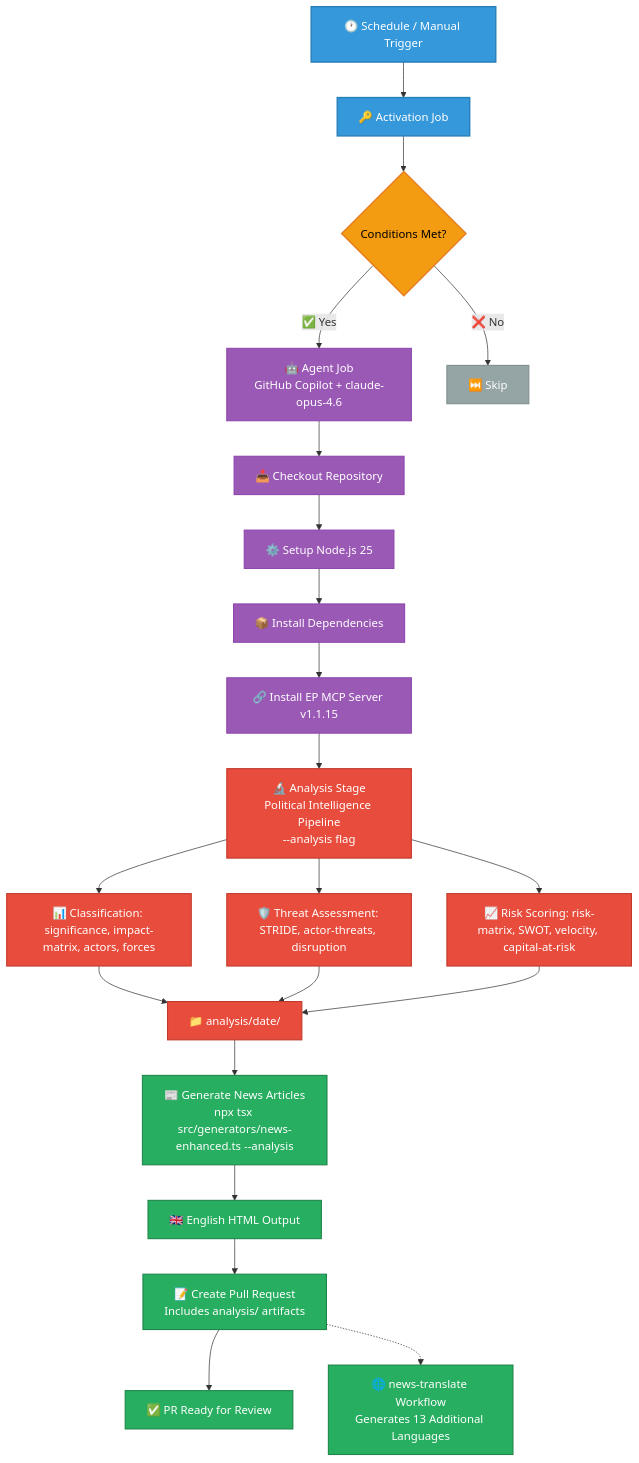
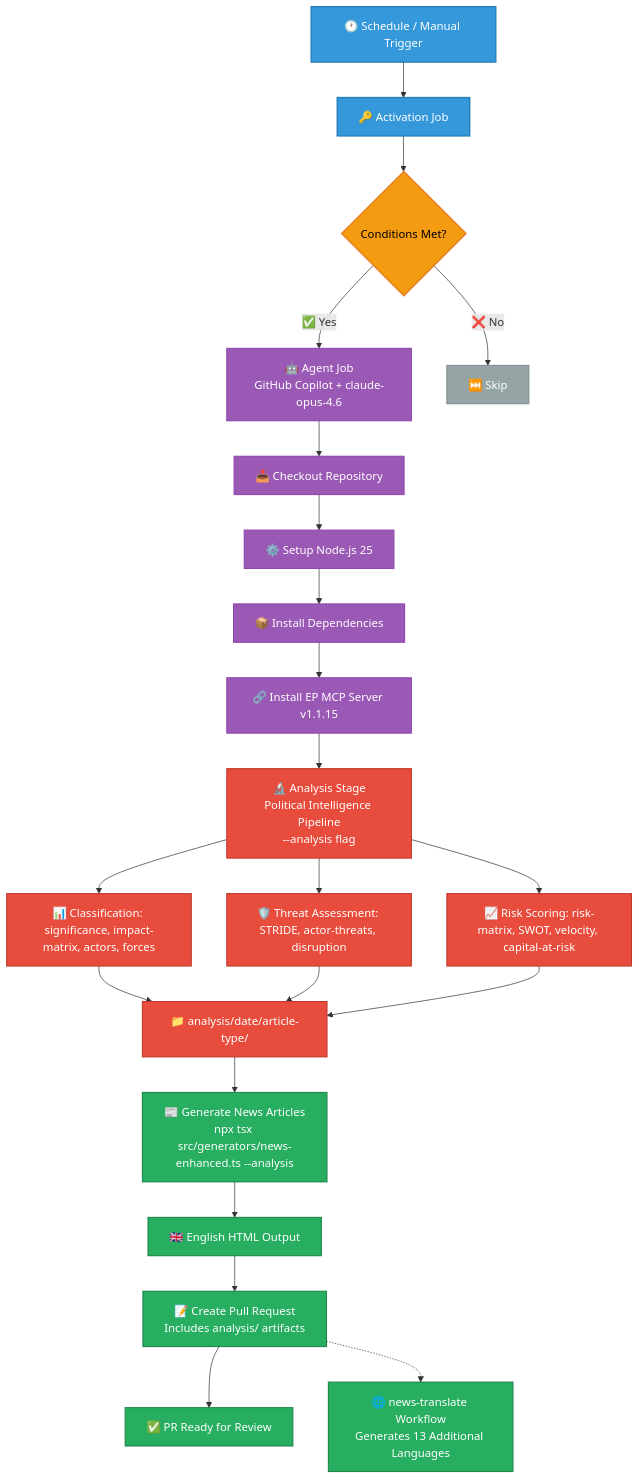
The third of 16 diagrams in WORKFLOWS.md (Hack23/euparliamentmonitor), drawn with Mermaid before and after one commit. The commit also changed other lines of this file and 14 other files, not shown here.

First line of the commit message:
Add article-type scoping, OSINT/WB data persistence, and deriveArticleTypeSlug

````diff
--- a/WORKFLOWS.md
+++ b/WORKFLOWS.md
@@ -245,37 +245,37 @@
 ```mermaid
 graph TD
     A[🕐 Schedule / Manual Trigger] --> B[🔑 Activation Job]
     B --> C{Conditions Met?}
     C -->|✅ Yes| D[🤖 Agent Job<br/>GitHub Copilot + claude-opus-4.6]
     C -->|❌ No| E[⏭️ Skip]
     D --> F[📥 Checkout Repository]
     F --> G[⚙️ Setup Node.js 25]
     G --> H[📦 Install Dependencies]
     H --> I[🔗 Install EP MCP Server v1.1.15]
     I --> J1[🔬 Analysis Stage<br/>Political Intelligence Pipeline<br/>--analysis flag]
     J1 --> J1a[📊 Classification: significance, impact-matrix, actors, forces]
     J1 --> J1b[🛡️ Threat Assessment: STRIDE, actor-threats, disruption]
     J1 --> J1c[📈 Risk Scoring: risk-matrix, SWOT, velocity, capital-at-risk]
-    J1a --> J1d[📁 analysis/date/]
+    J1a --> J1d[📁 analysis/date/article-type/]
     J1b --> J1d
     J1c --> J1d
     J1d --> J[📰 Generate News Articles<br/>npx tsx src/generators/news-enhanced.ts --analysis]
     J --> K[🇬🇧 English HTML Output]
     K --> L[📝 Create Pull Request<br/>Includes analysis/ artifacts]
     L --> M[✅ PR Ready for Review]
     L -.-> N[🌐 news-translate Workflow<br/>Generates 13 Additional Languages]
 
     classDef trigger fill:#3498db,stroke:#2980b9,stroke-width:2px,color:white
     classDef process fill:#9b59b6,stroke:#8e44ad,stroke-width:1.5px,color:white
     classDef decision fill:#f39c12,stroke:#e67e22,stroke-width:2px,color:black
     classDef skip fill:#95a5a6,stroke:#7f8c8d,stroke-width:1.5px,color:white
     classDef analysis fill:#e74c3c,stroke:#c0392b,stroke-width:1.5px,color:white
     classDef output fill:#27ae60,stroke:#1e8449,stroke-width:1.5px,color:white
 
     class A,B trigger
     class D,F,G,H,I process
     class C decision
     class E skip
     class J1,J1a,J1b,J1c,J1d analysis
     class J,K,L,M,N output
 ```
````
